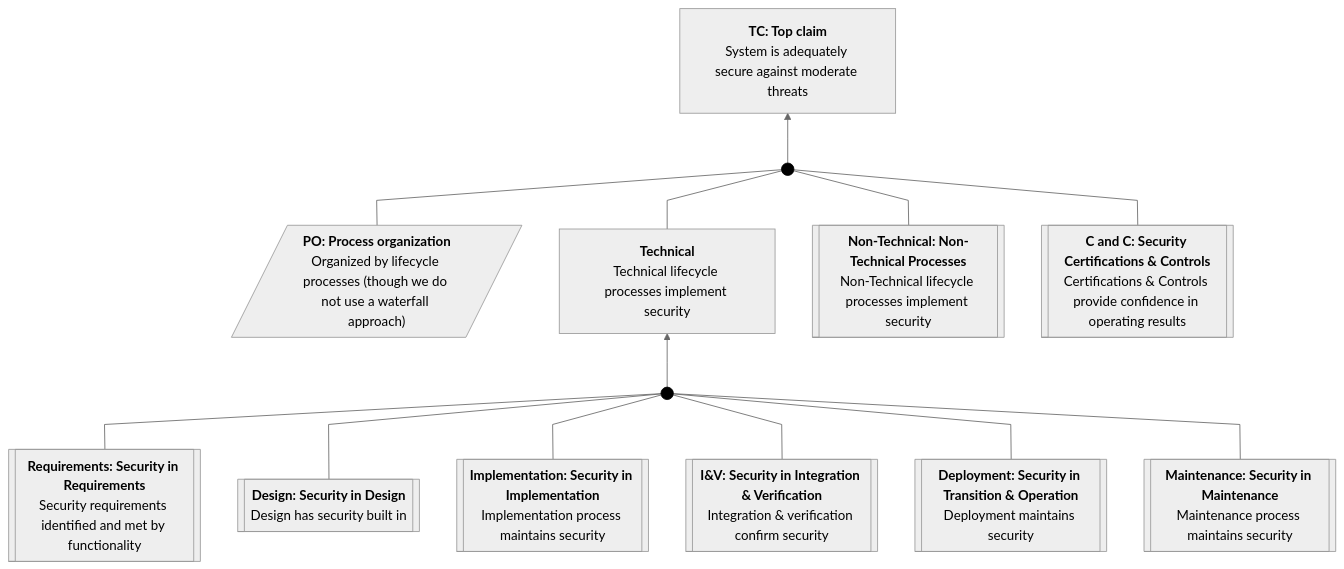
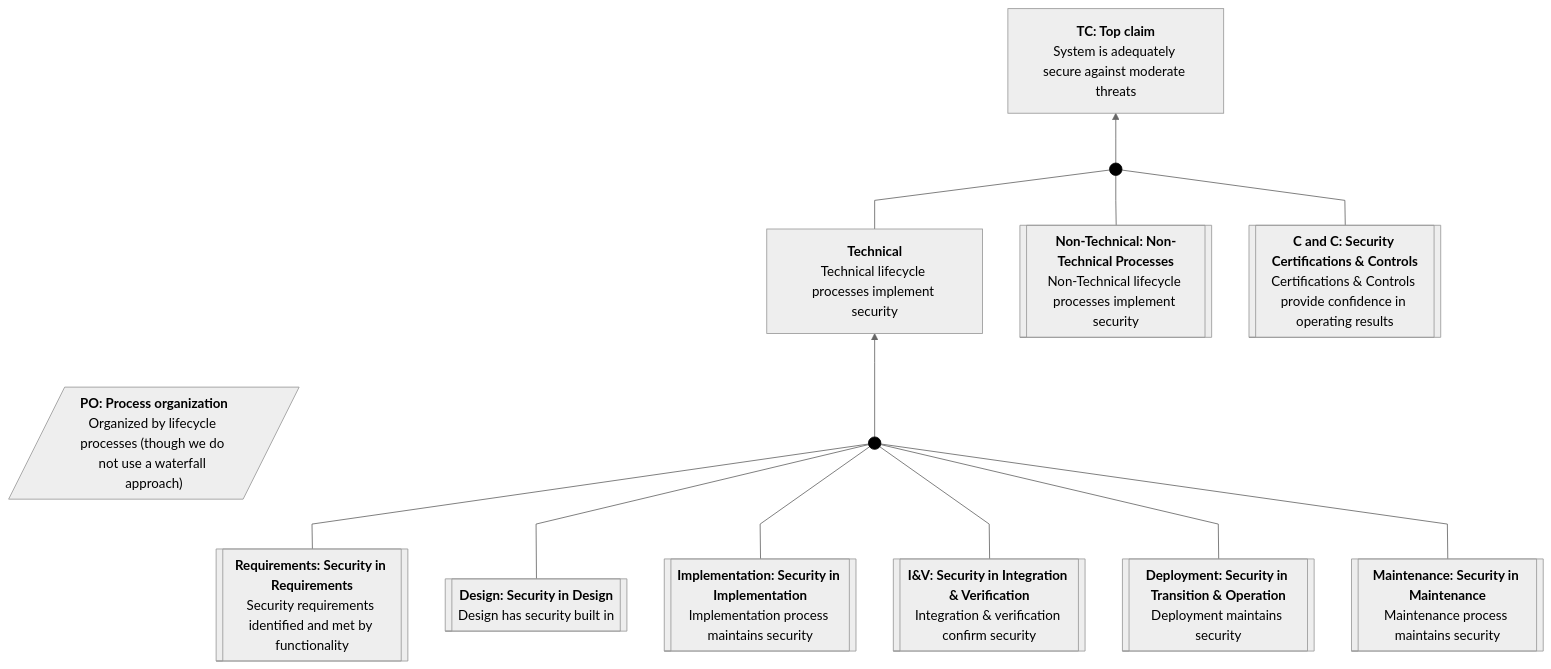
One commit to coreinfrastructure/best-practices-badge changed diagram 16 of 18 in docs/sacm-mermaid.md. Above: the diagram before and after it, drawn with Mermaid. The commit also changed other lines of this file, not shown here.

Commit message:
Document padding proposal with worked example

````diff
--- a/docs/sacm-mermaid.md
+++ b/docs/sacm-mermaid.md
@@ -1486,40 +1512,41 @@
 ```mermaid
 ---
 config:
   theme: neutral
   flowchart:
     curve: linear
     htmlLabels: true
     rankSpacing: 60
     nodeSpacing: 45
     padding: 15
 ---
 flowchart BT
     classDef sacmDot fill:#000,stroke:#000
+    classDef invisible fill:none,stroke:none
     TC["<b>TC: Top claim</b><br>System is adequately secure against moderate threats"]
     PO[/"<b>PO: Process organization</b><br>Organized by lifecycle processes (though we do not use a waterfall approach)"/]
     Tech["<b>Technical</b><br>Technical lifecycle processes implement security"]
     NonTech[["<b>Non-Technical: Non-Technical Processes</b><br>Non-Technical lifecycle processes implement security"]]
     CC[["<b>C and C: Security Certifications & Controls</b><br>Certifications & Controls provide confidence in operating results"]]
     Req[["<b>Requirements: Security in Requirements</b><br>Security requirements identified and met by functionality"]]
     Des[["<b>Design: Security in Design</b><br>Design has security built in"]]
     Impl[["<b>Implementation: Security in Implementation</b><br>Implementation process maintains security"]]
     IV[["<b>I&V: Security in Integration & Verification</b><br>Integration & verification confirm security"]]
     Dep[["<b>Deployment: Security in Transition & Operation</b><br>Deployment maintains security"]]
     Maint[["<b>Maintenance: Security in Maintenance</b><br>Maintenance process maintains security"]]
     Inf1((" ")):::sacmDot
     Inf2((" ")):::sacmDot
 
-    PO --- Inf1
+    BottomPadding[ ]:::invisible ~~~ PO
     Tech --- Inf1
     NonTech --- Inf1
     CC --- Inf1
     Inf1 --> TC
     Req --- Inf2
     Des --- Inf2
     Impl --- Inf2
     IV --- Inf2
     Dep --- Inf2
     Maint --- Inf2
     Inf2 --> Tech
 ```
````
